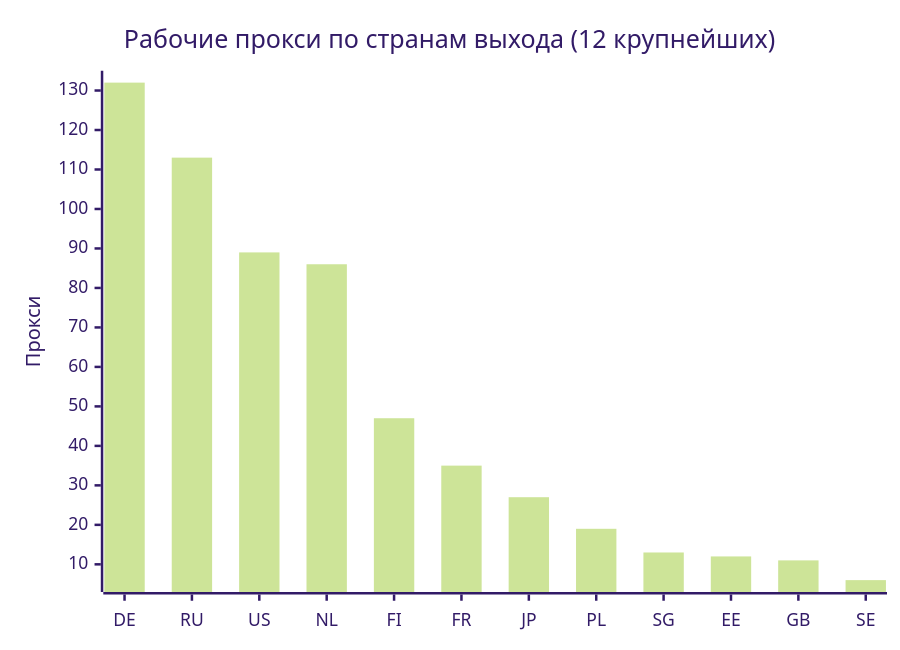
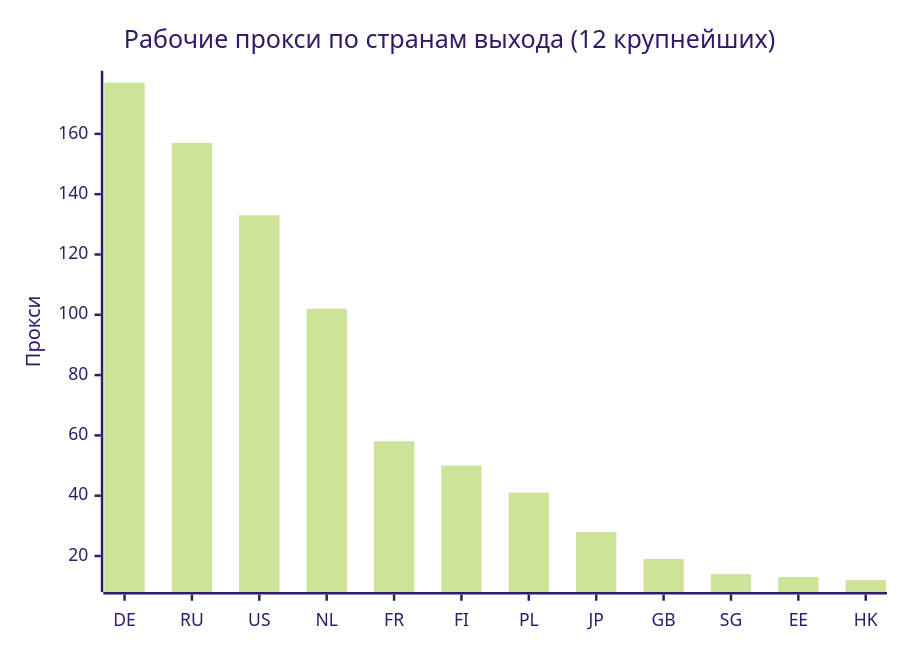
One commit to rvvg/proxy-subs changed the second of 4 diagrams in README.md. Above: the diagram before and after it, drawn with Mermaid (forest theme). The commit also changed other lines of this file and 48 other files, not shown here.

````diff
--- a/README.md
+++ b/README.md
@@ -126,7 +129,7 @@
 ```mermaid
 xychart-beta
     title "Рабочие прокси по странам выхода (12 крупнейших)"
-    x-axis ["DE", "RU", "US", "NL", "FI", "FR", "JP", "PL", "SG", "EE", "GB", "SE"]
+    x-axis ["DE", "RU", "US", "NL", "FR", "FI", "PL", "JP", "GB", "SG", "EE", "HK"]
     y-axis "Прокси"
-    bar [132, 113, 89, 86, 47, 35, 27, 19, 13, 12, 11, 6]
+    bar [177, 157, 133, 102, 58, 50, 41, 28, 19, 14, 13, 12]
 ```
````
